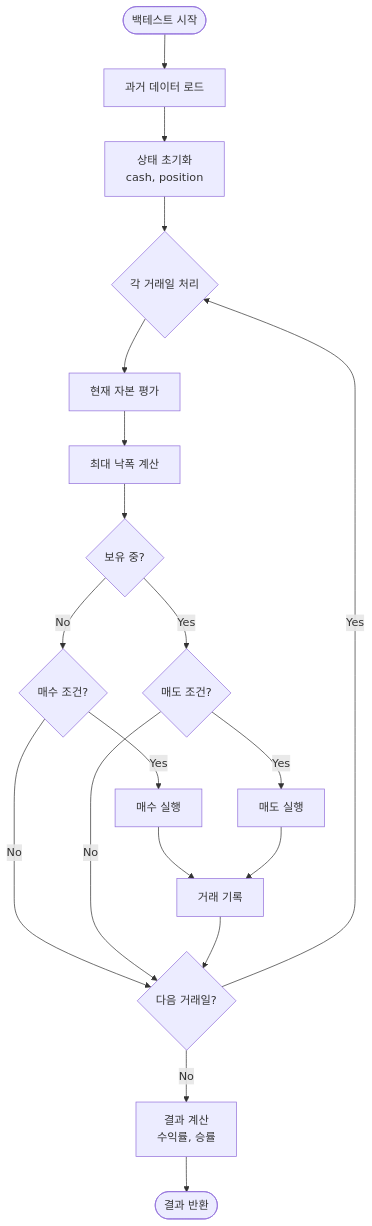
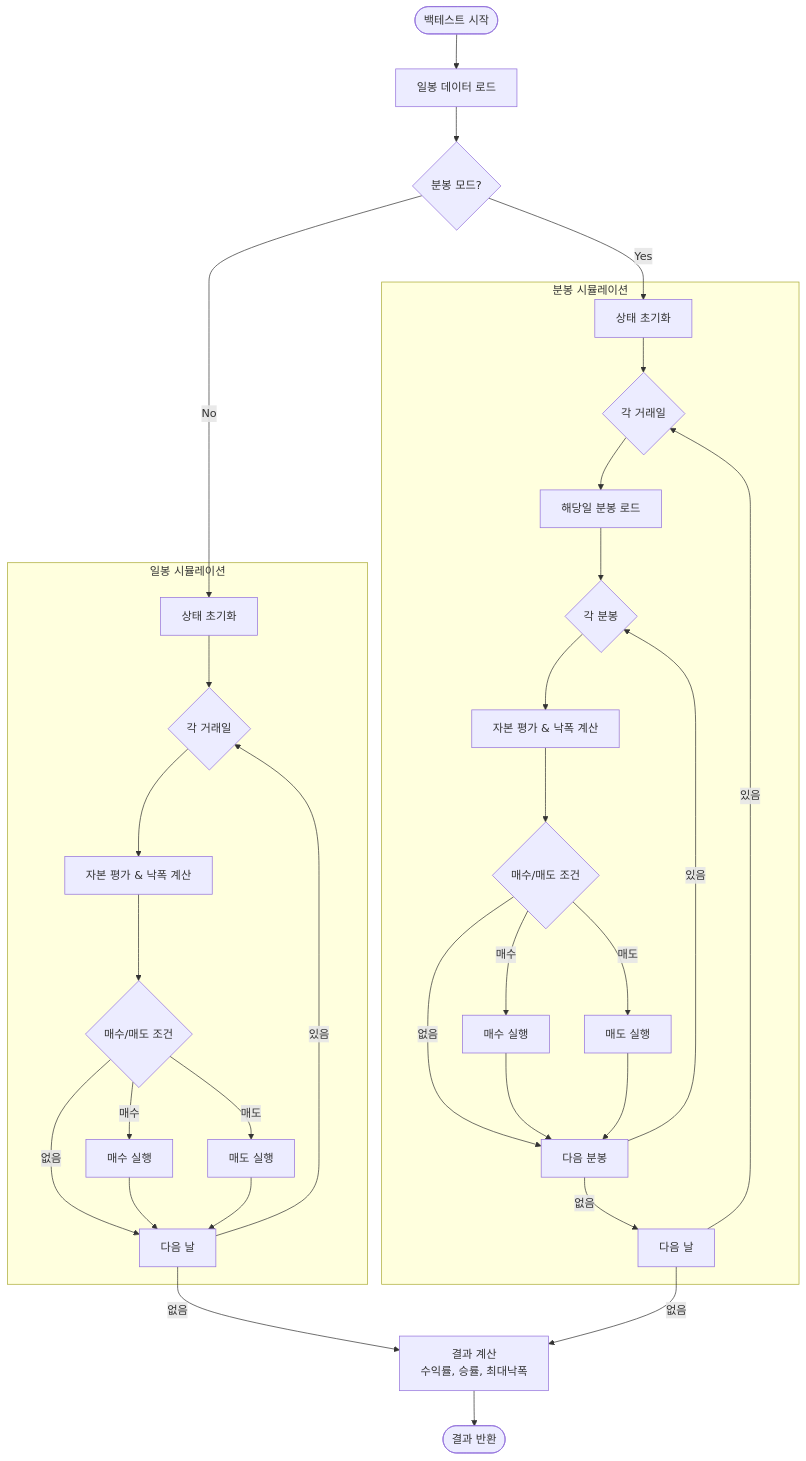
One commit to tanminkwan/woo-trading changed the sixth of 6 diagrams in README.md. Above: the diagram before and after it, drawn with Mermaid. The commit also changed other lines of this file, not shown here.

First line of the commit message:
docs: README flowchart 현행화

````diff
--- a/README.md
+++ b/README.md
@@ -783,26 +799,40 @@
 ```mermaid
 flowchart TD
-    Start([백테스트 시작]) --> LoadData[과거 데이터 로드]
-    LoadData --> InitState[상태 초기화<br/>cash, position]
+    Start([백테스트 시작]) --> LoadDaily[일봉 데이터 로드]
+    LoadDaily --> CheckMode{분봉 모드?}
 
-    InitState --> ForEach{각 거래일 처리}
-    ForEach --> UpdateCapital[현재 자본 평가]
-    UpdateCapital --> CalcDrawdown[최대 낙폭 계산]
+    CheckMode -->|No| InitDaily[상태 초기화]
+    CheckMode -->|Yes| InitMinute[상태 초기화]
 
-    CalcDrawdown --> CheckPosition{보유 중?}
-    CheckPosition -->|No| CheckBuy{매수 조건?}
-    CheckBuy -->|Yes| ExecuteBuy[매수 실행]
-    CheckBuy -->|No| NextDay
+    subgraph DailyMode["일봉 시뮬레이션"]
+        InitDaily --> ForDay{각 거래일}
+        ForDay --> DayCapital[자본 평가 & 낙폭 계산]
+        DayCapital --> DayCheck{매수/매도 조건}
+        DayCheck -->|매수| DayBuy[매수 실행]
+        DayCheck -->|매도| DaySell[매도 실행]
+        DayCheck -->|없음| DayNext
+        DayBuy --> DayNext[다음 날]
+        DaySell --> DayNext
+        DayNext -->|있음| ForDay
+    end
 
-    CheckPosition -->|Yes| CheckSell{매도 조건?}
-    CheckSell -->|Yes| ExecuteSell[매도 실행]
-    CheckSell -->|No| NextDay
+    subgraph MinuteMode["분봉 시뮬레이션"]
+        InitMinute --> ForDayM{각 거래일}
+        ForDayM --> LoadMinute[해당일 분봉 로드]
+        LoadMinute --> ForMin{각 분봉}
+        ForMin --> MinCapital[자본 평가 & 낙폭 계산]
+        MinCapital --> MinCheck{매수/매도 조건}
+        MinCheck -->|매수| MinBuy[매수 실행]
+        MinCheck -->|매도| MinSell[매도 실행]
+        MinCheck -->|없음| MinNext
+        MinBuy --> MinNext[다음 분봉]
+        MinSell --> MinNext
+        MinNext -->|있음| ForMin
+        MinNext -->|없음| DayNextM[다음 날]
+        DayNextM -->|있음| ForDayM
+    end
 
-    ExecuteBuy --> RecordTrade[거래 기록]
-    ExecuteSell --> RecordTrade
-    RecordTrade --> NextDay{다음 거래일?}
-
-    NextDay -->|Yes| ForEach
-    NextDay -->|No| CalcResult[결과 계산<br/>수익률, 승률]
+    DayNext -->|없음| CalcResult[결과 계산<br/>수익률, 승률, 최대낙폭]
+    DayNextM -->|없음| CalcResult
     CalcResult --> End([결과 반환])
 ```
````
